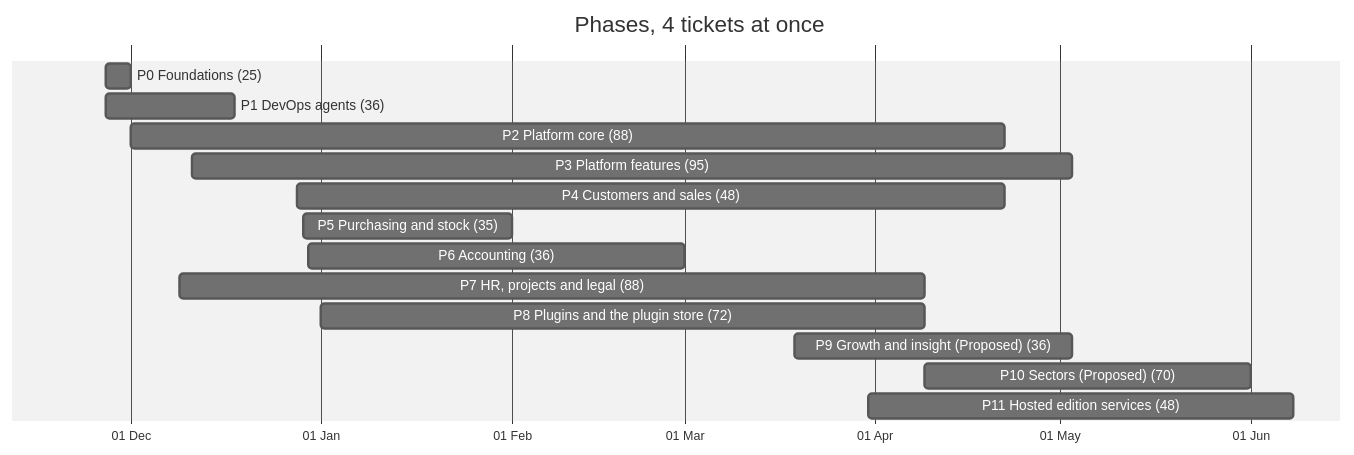
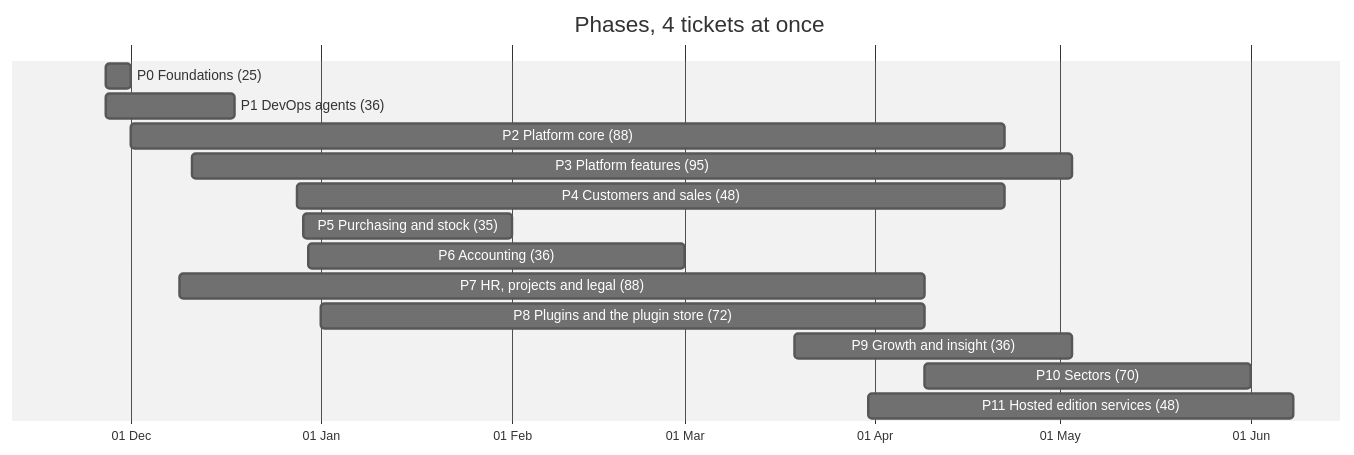
Before and after one commit to gpbcom/SimpleERP: the second of 3 diagrams in docs/specs/00-vision/roadmap/phases/parallel-plan.md, drawn with Mermaid (neutral theme). The commit also changed 8816 other files, not shown here.

````diff
--- a/docs/specs/00-vision/roadmap/phases/parallel-plan.md
+++ b/docs/specs/00-vision/roadmap/phases/parallel-plan.md
@@ -37,18 +37,18 @@
 ```mermaid
 gantt
     title Phases, 4 tickets at once
     dateFormat YYYY-MM-DD
     axisFormat %d %b
     P0 Foundations (25) :p0, 2026-11-27, 2026-12-01
     P1 DevOps agents (36) :p1, 2026-11-27, 2026-12-18
     P2 Platform core (88) :p2, 2026-12-01, 2027-04-22
     P3 Platform features (95) :p3, 2026-12-11, 2027-05-03
     P4 Customers and sales (48) :p4, 2026-12-28, 2027-04-22
     P5 Purchasing and stock (35) :p5, 2026-12-29, 2027-02-01
     P6 Accounting (36) :p6, 2026-12-30, 2027-03-01
     P7 HR, projects and legal (88) :p7, 2026-12-09, 2027-04-09
     P8 Plugins and the plugin store (72) :p8, 2027-01-01, 2027-04-09
-    P9 Growth and insight (Proposed) (36) :p9, 2027-03-19, 2027-05-03
-    P10 Sectors (Proposed) (70) :p10, 2027-04-09, 2027-06-01
+    P9 Growth and insight (36) :p9, 2027-03-19, 2027-05-03
+    P10 Sectors (70) :p10, 2027-04-09, 2027-06-01
     P11 Hosted edition services (48) :p11, 2027-03-31, 2027-06-08
 ```
````
